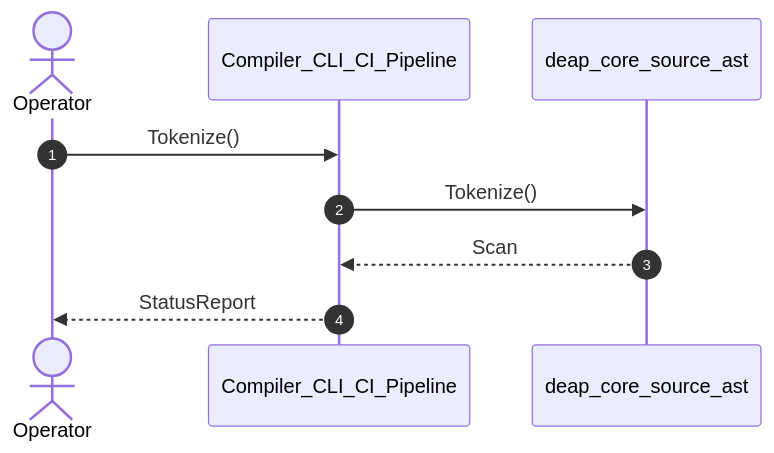
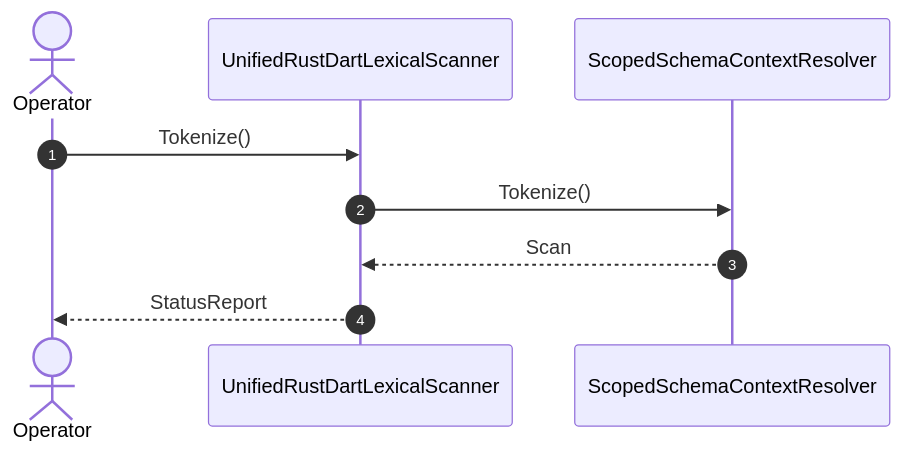
One commit to gintatkinson/DEAP01-spec-core changed the diagram in .pipeline/upstream/docs/user-stories/US-46-Tokenize.md. Above: the diagram before and after it, drawn with Mermaid. The commit also changed other lines of this file and 179 other files, not shown here.

Commit message:
fix(compiler): remediate upstream specification forward projection, diagram synthesis, and GitHub blob URL resolution

````diff
--- a/.pipeline/upstream/docs/user-stories/US-46-Tokenize.md
+++ b/.pipeline/upstream/docs/user-stories/US-46-Tokenize.md
@@ -16,11 +16,11 @@
 ```mermaid
 sequenceDiagram
     autonumber
     actor Operator
-    participant Compiler_CLI_CI_Pipeline
-    participant deap_core_source_ast
-    Operator->>Compiler_CLI_CI_Pipeline: Tokenize()
-    Compiler_CLI_CI_Pipeline->>deap_core_source_ast: Tokenize()
-    deap_core_source_ast-->>Compiler_CLI_CI_Pipeline: Scan
-    Compiler_CLI_CI_Pipeline-->>Operator: StatusReport
+    participant UnifiedRustDartLexicalScanner
+    participant ScopedSchemaContextResolver
+    Operator->>UnifiedRustDartLexicalScanner: Tokenize()
+    UnifiedRustDartLexicalScanner->>ScopedSchemaContextResolver: Tokenize()
+    ScopedSchemaContextResolver-->>UnifiedRustDartLexicalScanner: Scan
+    UnifiedRustDartLexicalScanner-->>Operator: StatusReport
 ```
````
